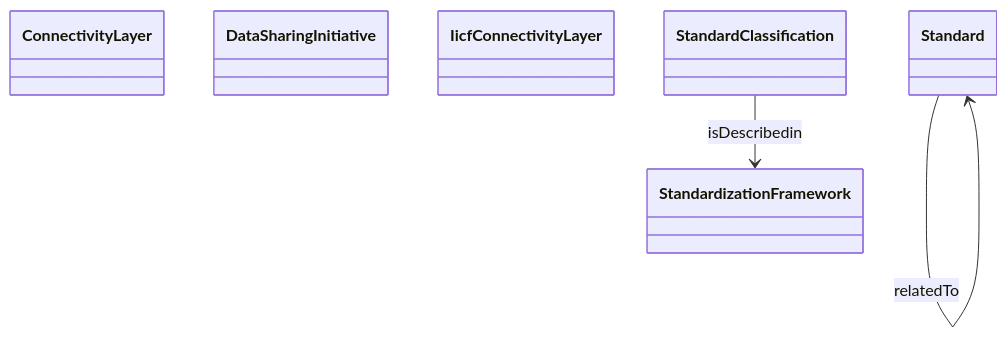
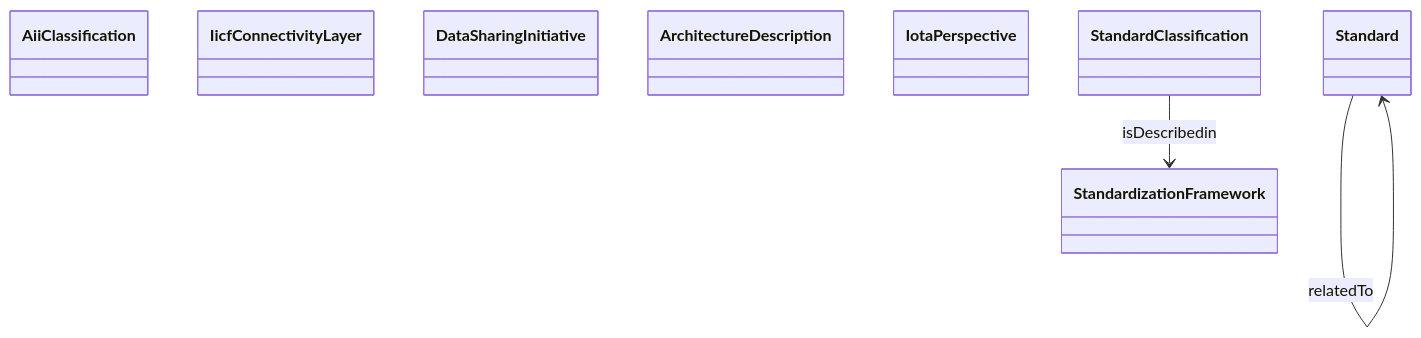
Before and after one commit to oeg-upm/Devos: the diagram in output/ieswc_object_property/i40.ttl-abstract.md, drawn with Mermaid. The commit also changed 315 other files, not shown here.

````diff
--- a/output/ieswc_object_property/i40.ttl-abstract.md
+++ b/output/ieswc_object_property/i40.ttl-abstract.md
@@ -1,23 +1,31 @@
 ```mermaid
 	classDiagram
 
     
-    class ConnectivityLayer {
+    class AiiClassification {
+    
+    }
+
+    class IicfConnectivityLayer {
     
     }
 
     class DataSharingInitiative {
     
     }
 
-    class IicfConnectivityLayer {
+    class ArchitectureDescription {
+    
+    }
+
+    class IotaPerspective {
     
     }
 
 
 
 StandardClassification  --> StandardizationFramework   :isDescribedin  
 
 Standard  --> Standard   :relatedTo  
 
 ```
````
